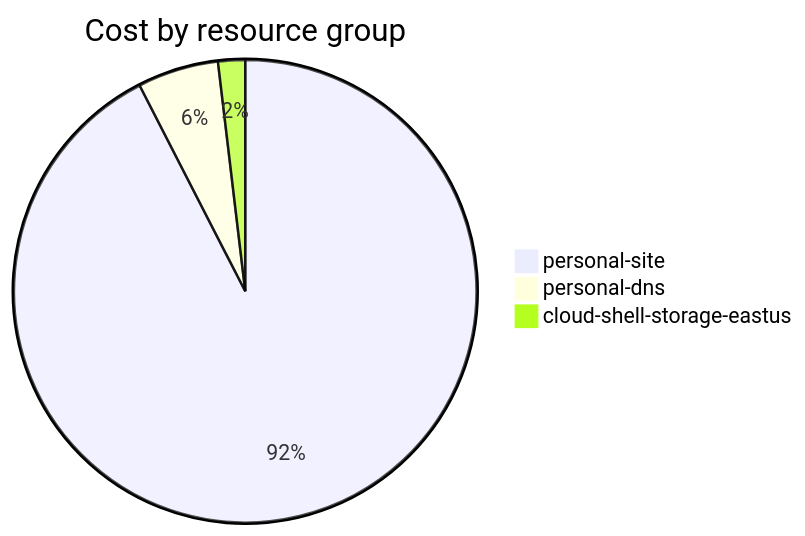
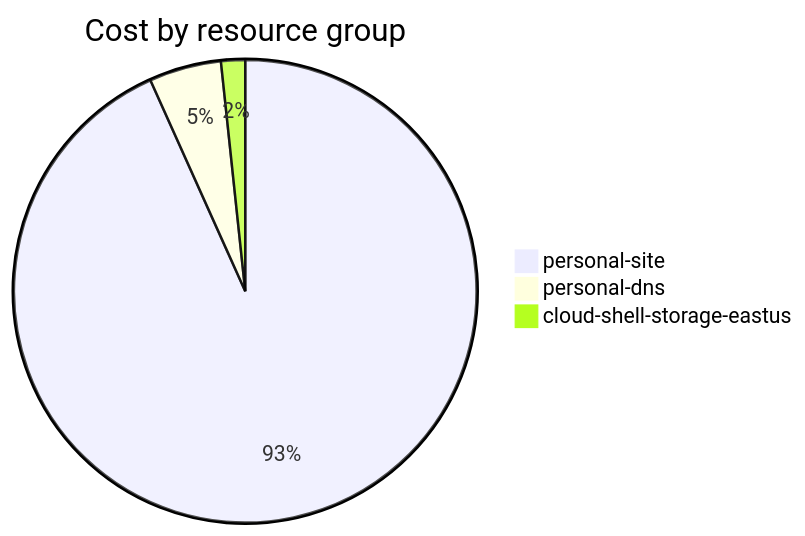
Before and after one commit to jpfulton/azure-personal-reports: the fourth of 4 diagrams in cost-reports/accumulated-cost.md, drawn with Mermaid. The commit also changed other lines of this file and 4 other files, not shown here.

````diff
--- a/cost-reports/accumulated-cost.md
+++ b/cost-reports/accumulated-cost.md
@@ -137,7 +137,7 @@
 ```mermaid
 pie
    title Cost by resource group
-   "personal-site" : 0.49
-   "personal-dns" : 0.03
-   "cloud-shell-storage-eastus" : 0.01
+   "personal-site" : 1.11
+   "personal-dns" : 0.06
+   "cloud-shell-storage-eastus" : 0.02
 ```
````
